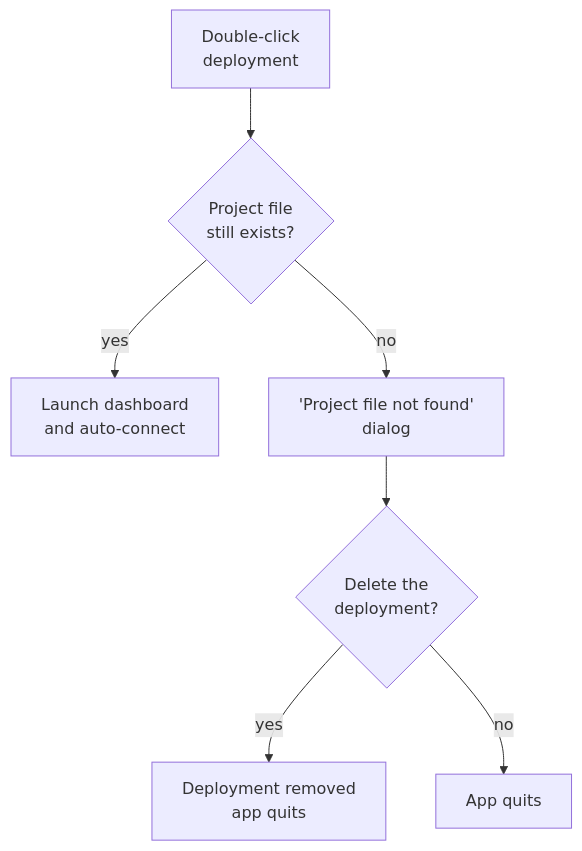
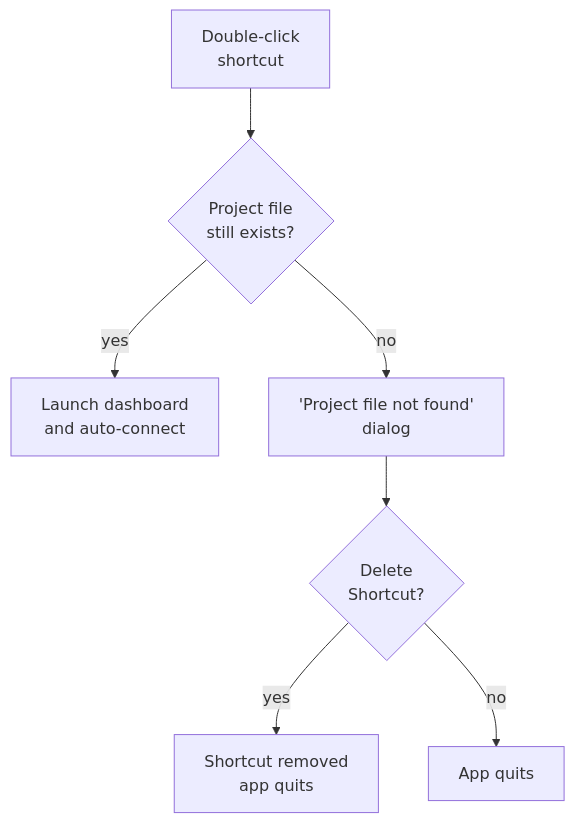
The second of 2 diagrams in doc/help/Operator-Deployments.md (Serial-Studio/Serial-Studio), drawn with Mermaid before and after one commit. The commit also changed other lines of this file and 26 other files, not shown here.

````diff
--- a/doc/help/Operator-Deployments.md
+++ b/doc/help/Operator-Deployments.md
@@ -182,9 +209,9 @@
 ```mermaid
 flowchart TD
-    A["Double-click<br/>deployment"] --> B{"Project file<br/>still exists?"}
+    A["Double-click<br/>shortcut"] --> B{"Project file<br/>still exists?"}
     B -- yes --> C["Launch dashboard<br/>and auto-connect"]
     B -- no --> D["'Project file not found'<br/>dialog"]
-    D --> E{"Delete the<br/>deployment?"}
-    E -- yes --> F["Deployment removed<br/>app quits"]
+    D --> E{"Delete<br/>Shortcut?"}
+    E -- yes --> F["Shortcut removed<br/>app quits"]
     E -- no  --> G["App quits"]
 ```
````
